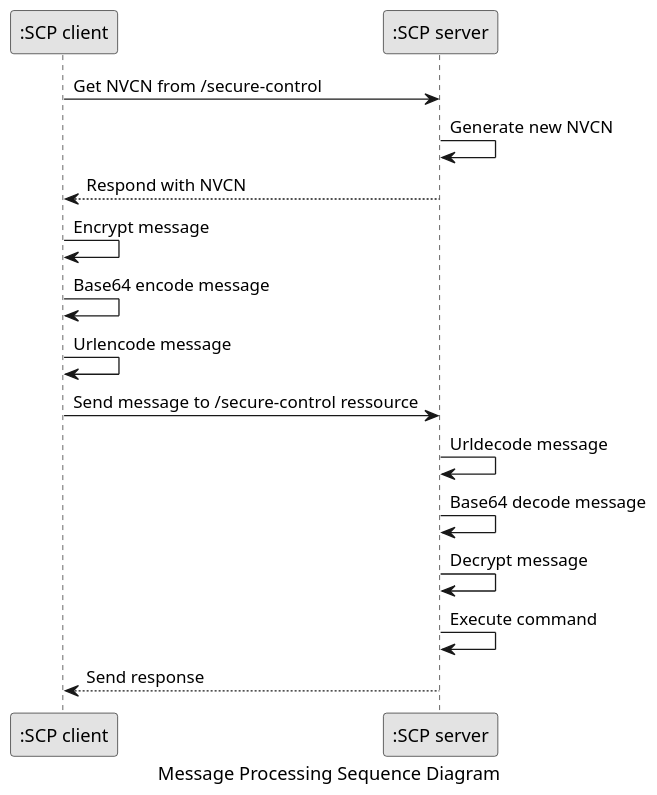
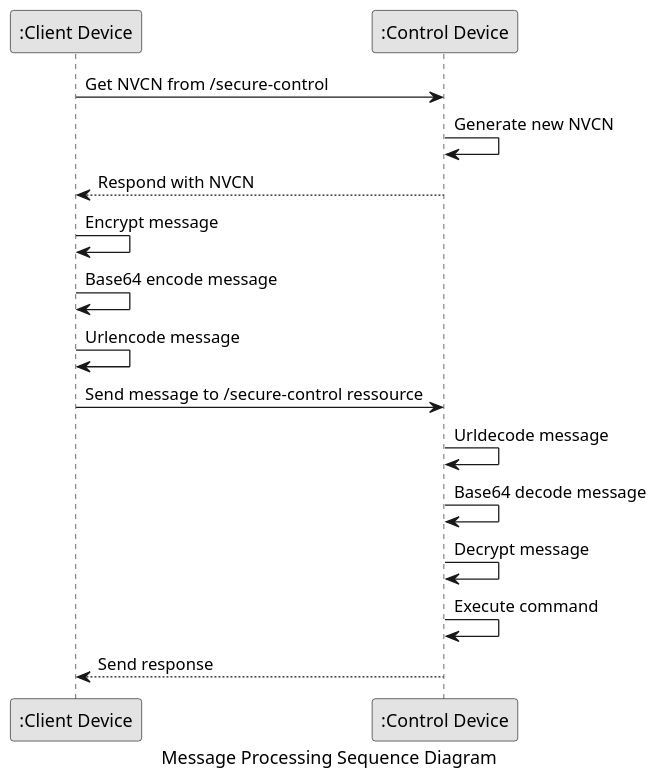
One commit to houseos/SCP changed the fourth of 4 diagrams in doc/secure-control-protocol-specification.md. Above: the diagram before and after it, drawn with PlantUML. The commit also changed other lines of this file and 1 other file, not shown here.

````diff
--- a/doc/secure-control-protocol-specification.md
+++ b/doc/secure-control-protocol-specification.md
@@ -319,37 +317,37 @@
 ```plantuml
 @startuml
 caption Message Processing Sequence Diagram
 
 skinparam monochrome true
 
 scale 650 width
 
-participant ":SCP client" as client
-participant ":SCP server" as server
+participant ":Client Device" as client
+participant ":Control Device" as server
 
 client -> server : Get NVCN from /secure-control
 
 server -> server : Generate new NVCN
 
 server --> client : Respond with NVCN
 
 client -> client : Encrypt message
 
 client -> client : Base64 encode message
 
 client -> client : Urlencode message
 
 client -> server : Send message to /secure-control ressource
 
 server -> server : Urldecode message
 
 server -> server : Base64 decode message
 
 server -> server : Decrypt message
 
 server -> server : Execute command
 
 server --> client : Send response
 
 @enduml
 ```
````
